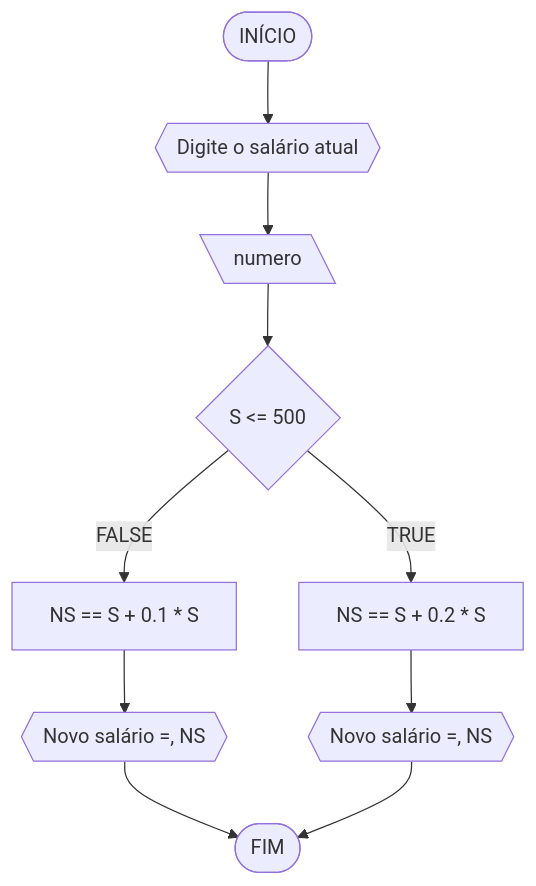
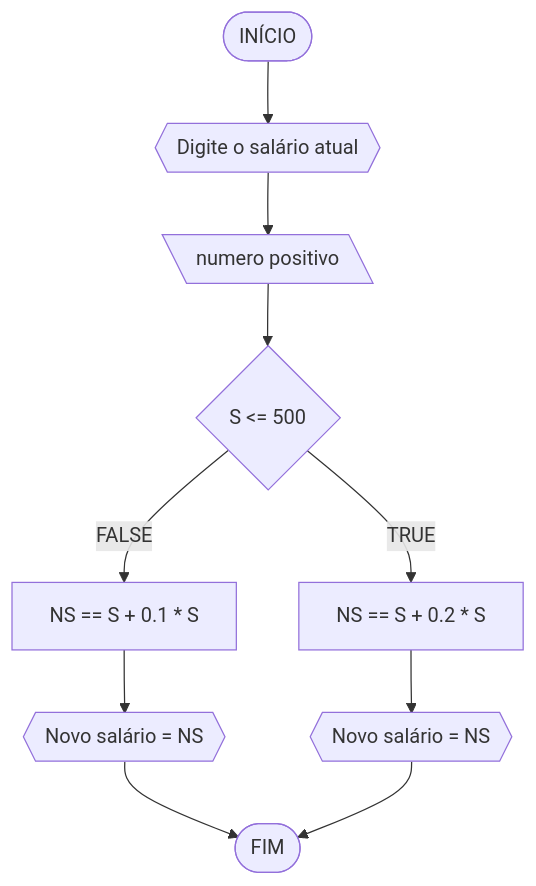
One commit to LucasCarreiro7/UNIFOR changed the second of 4 diagrams in RLA/AF1/lista01.md. Above: the diagram before and after it, drawn with Mermaid. The commit also changed other lines of this file, not shown here.

````diff
--- a/RLA/AF1/lista01.md
+++ b/RLA/AF1/lista01.md
@@ -71,12 +71,12 @@
 ```mermaid
 flowchart TD
 A([INÍCIO]) --> B{{Digite o salário atual}}
-B --> C[\numero\]
+B --> C[\numero positivo\]
 C --> D{S <= 500}
 D --FALSE--> E[NS == S + 0.1 * S]
 D --TRUE--> F[NS == S + 0.2 * S]
-E --> G{{Novo salário =, NS}}
+E --> G{{Novo salário = NS}}
 G --> Z([FIM])
-F --> H{{Novo salário =, NS}}
+F --> H{{Novo salário = NS}}
 H --> Z
 ```
````
